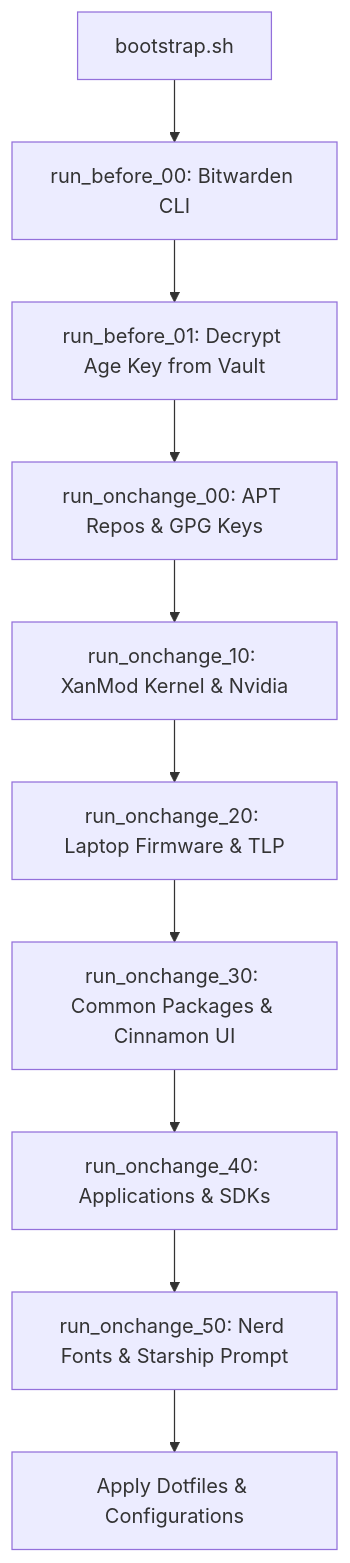
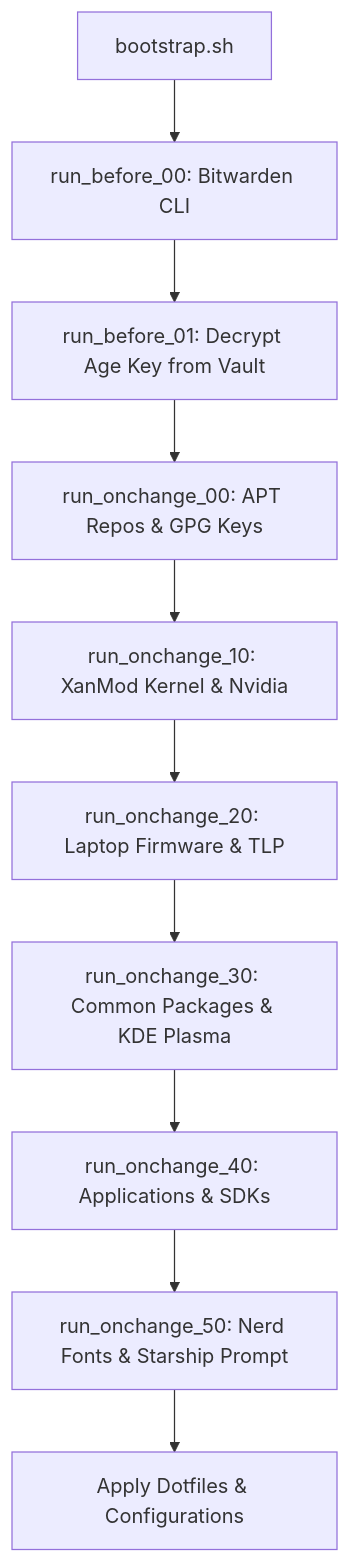
One commit to yury-smirnov87/dotfiles changed the diagram in README.md. Above: the diagram before and after it, drawn with Mermaid. The commit also changed other lines of this file and 5 other files, not shown here.

First line of the commit message:
Migrate desktop environment from Cinnamon to KDE Plasma (#35)

````diff
--- a/README.md
+++ b/README.md
@@ -123,12 +123,12 @@
 ```mermaid
 flowchart TD
     A[bootstrap.sh] --> B[run_before_00: Bitwarden CLI]
     B --> C[run_before_01: Decrypt Age Key from Vault]
     C --> D[run_onchange_00: APT Repos & GPG Keys]
     D --> E[run_onchange_10: XanMod Kernel & Nvidia]
     E --> F[run_onchange_20: Laptop Firmware & TLP]
-    F --> G[run_onchange_30: Common Packages & Cinnamon UI]
+    F --> G[run_onchange_30: Common Packages & KDE Plasma]
     G --> H[run_onchange_40: Applications & SDKs]
     H --> I[run_onchange_50: Nerd Fonts & Starship Prompt]
     I --> J[Apply Dotfiles & Configurations]
 ```
````
